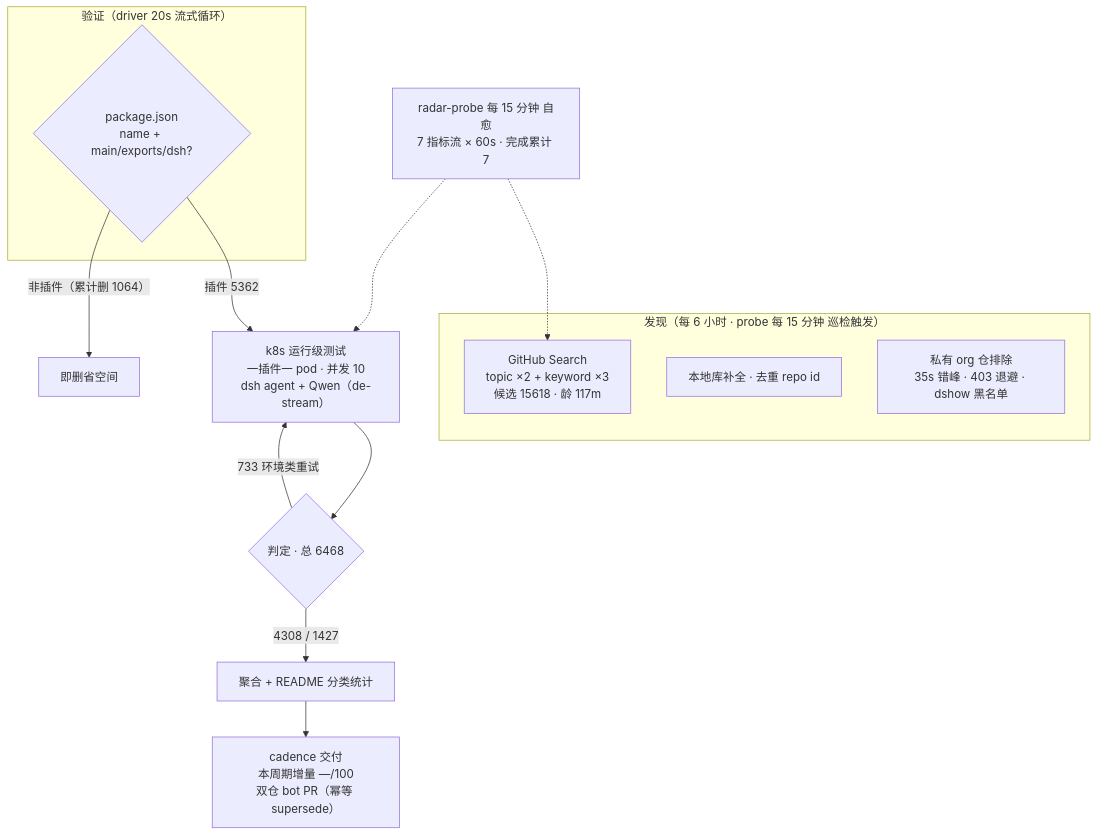
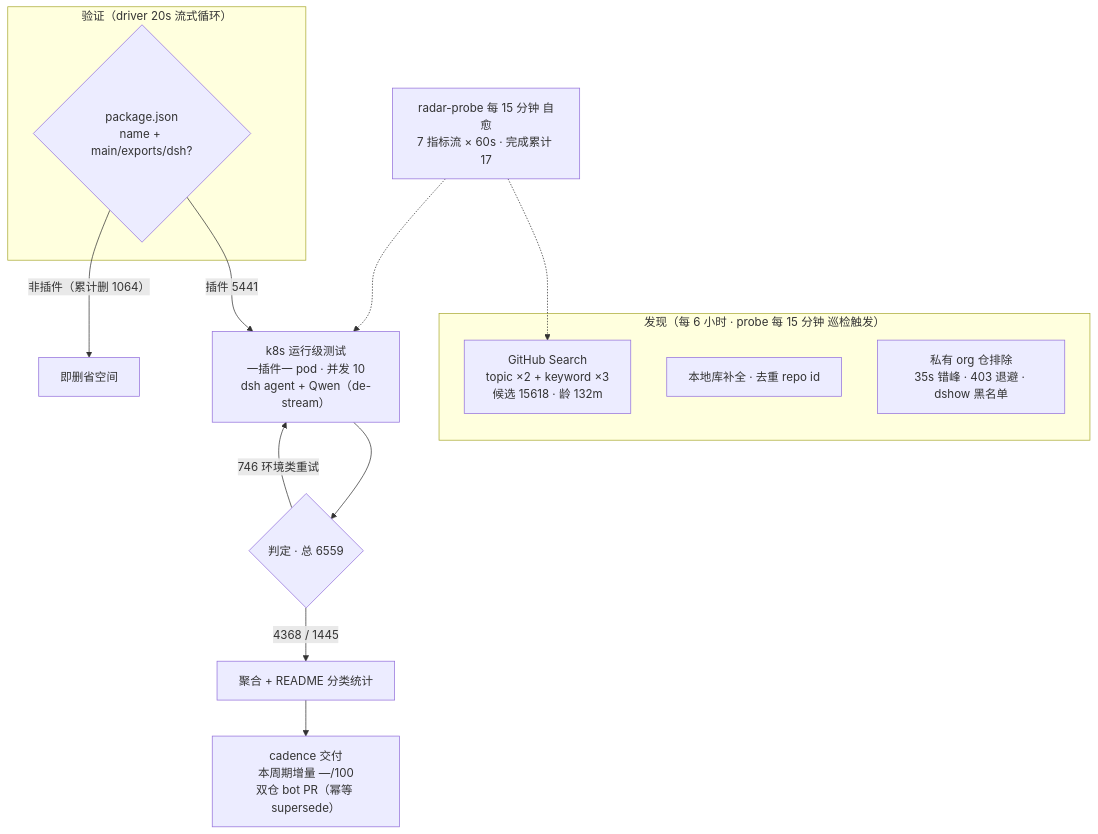
Before and after one commit to Zhidao-Lab-OSS/awesome-dsh-plugins: the diagram in README.md, drawn with Mermaid. The commit also changed other lines of this file and 1 other file, not shown here.

````diff
--- a/README.md
+++ b/README.md
@@ -37,20 +37,20 @@
 ```mermaid
 flowchart TB
     subgraph Discovery["发现（每 6 小时 · probe 每 15 分钟 巡检触发）"]
-        A1["GitHub Search<br/>topic ×2 + keyword ×3<br/>候选 15618 · 龄 117m"]
+        A1["GitHub Search<br/>topic ×2 + keyword ×3<br/>候选 15618 · 龄 132m"]
         A2["本地库补全 · 去重 repo id"]
         A3["私有 org 仓排除<br/>35s 错峰 · 403 退避 · dshow 黑名单"]
     end
     subgraph Validation["验证（driver 20s 流式循环）"]
         B1{"package.json<br/>name + main/exports/dsh?"}
     end
-    B1 -->|"插件 5362"| C1["k8s 运行级测试<br/>一插件一 pod · 并发 10<br/>dsh agent + Qwen（de-stream）"]
+    B1 -->|"插件 5441"| C1["k8s 运行级测试<br/>一插件一 pod · 并发 10<br/>dsh agent + Qwen（de-stream）"]
     B1 -->|"非插件（累计删 1064）"| B3["即删省空间"]
-    C1 --> D1{"判定 · 总 6468"}
-    D1 -->|"4308 / 1427"| E1["聚合 + README 分类统计"]
-    D1 -->|"733 环境类重试"| C1
+    C1 --> D1{"判定 · 总 6559"}
+    D1 -->|"4368 / 1445"| E1["聚合 + README 分类统计"]
+    D1 -->|"746 环境类重试"| C1
     E1 --> E2["cadence 交付<br/>本周期增量 —/100<br/>双仓 bot PR（幂等 supersede）"]
-    M["radar-probe 每 15 分钟 自愈<br/>7 指标流 × 60s · 完成累计 7"]
+    M["radar-probe 每 15 分钟 自愈<br/>7 指标流 × 60s · 完成累计 17"]
     M -.-> A1
     M -.-> C1
 ```
````
